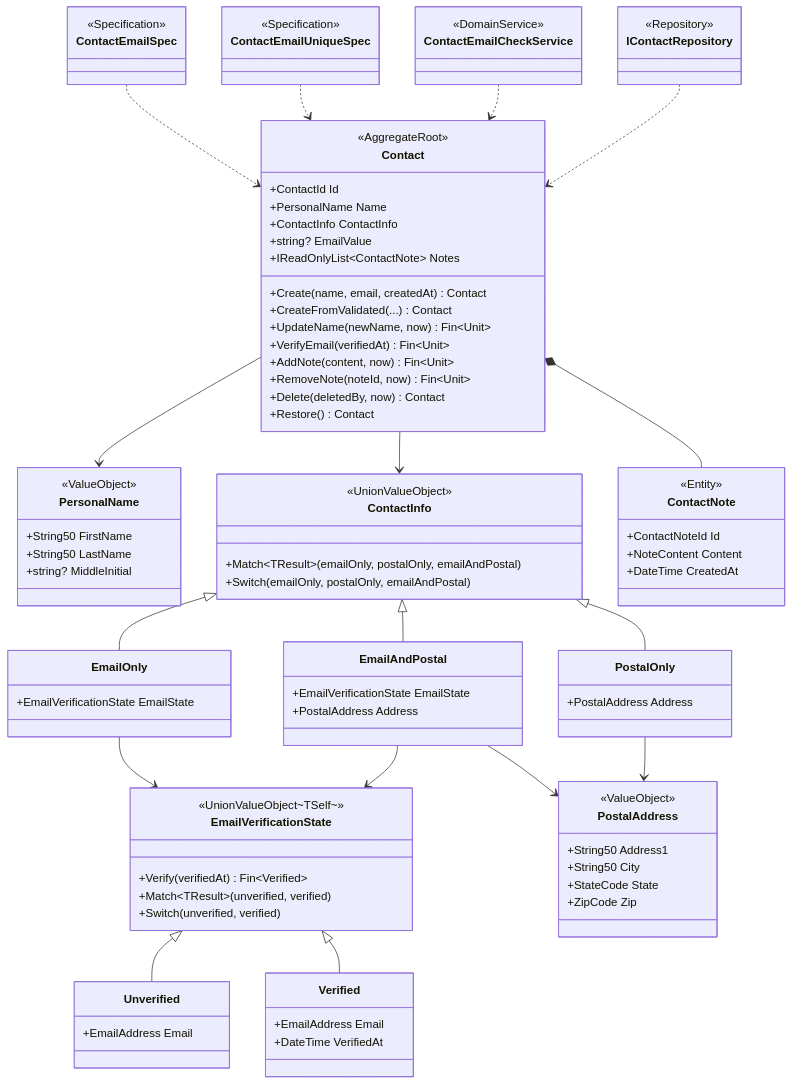
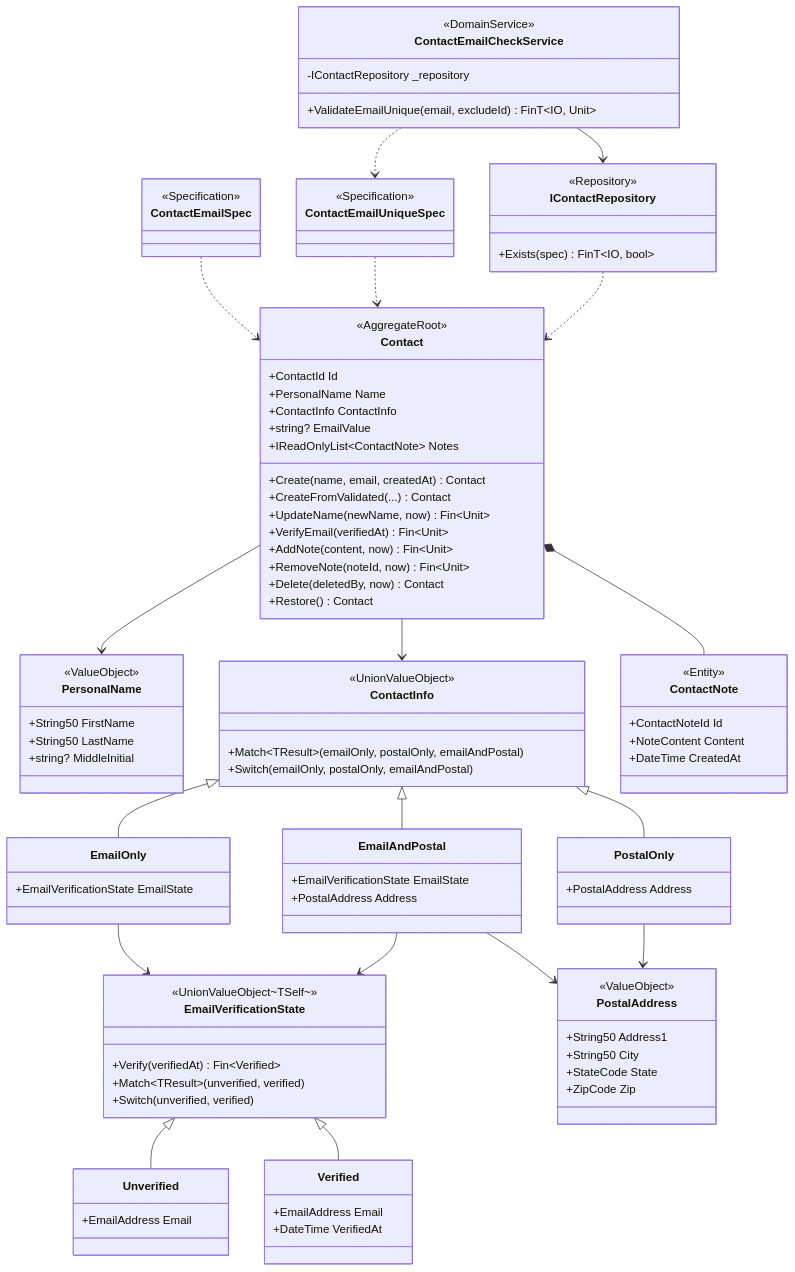
The diagram in Docs.Site/src/content/docs/samples/designing-with-types/domain/02-code-design.md (hhko/Functorium), drawn with Mermaid before and after one commit. The commit also changed other lines of this file and 2 other files, not shown here.

````diff
--- a/Docs.Site/src/content/docs/samples/designing-with-types/domain/02-code-design.md
+++ b/Docs.Site/src/content/docs/samples/designing-with-types/domain/02-code-design.md
@@ -451,9 +536,12 @@
     }
     class ContactEmailCheckService {
         <<DomainService>>
+        -IContactRepository _repository
+        +ValidateEmailUnique(email, excludeId) FinT~IO, Unit~
     }
     class IContactRepository {
         <<Repository>>
+        +Exists(spec) FinT~IO, bool~
     }
 
     Contact --> PersonalName
@@ -474,6 +562,7 @@
 
     ContactEmailSpec ..> Contact
     ContactEmailUniqueSpec ..> Contact
-    ContactEmailCheckService ..> Contact
+    ContactEmailCheckService --> IContactRepository
+    ContactEmailCheckService ..> ContactEmailUniqueSpec
     IContactRepository ..> Contact
 ```
````
